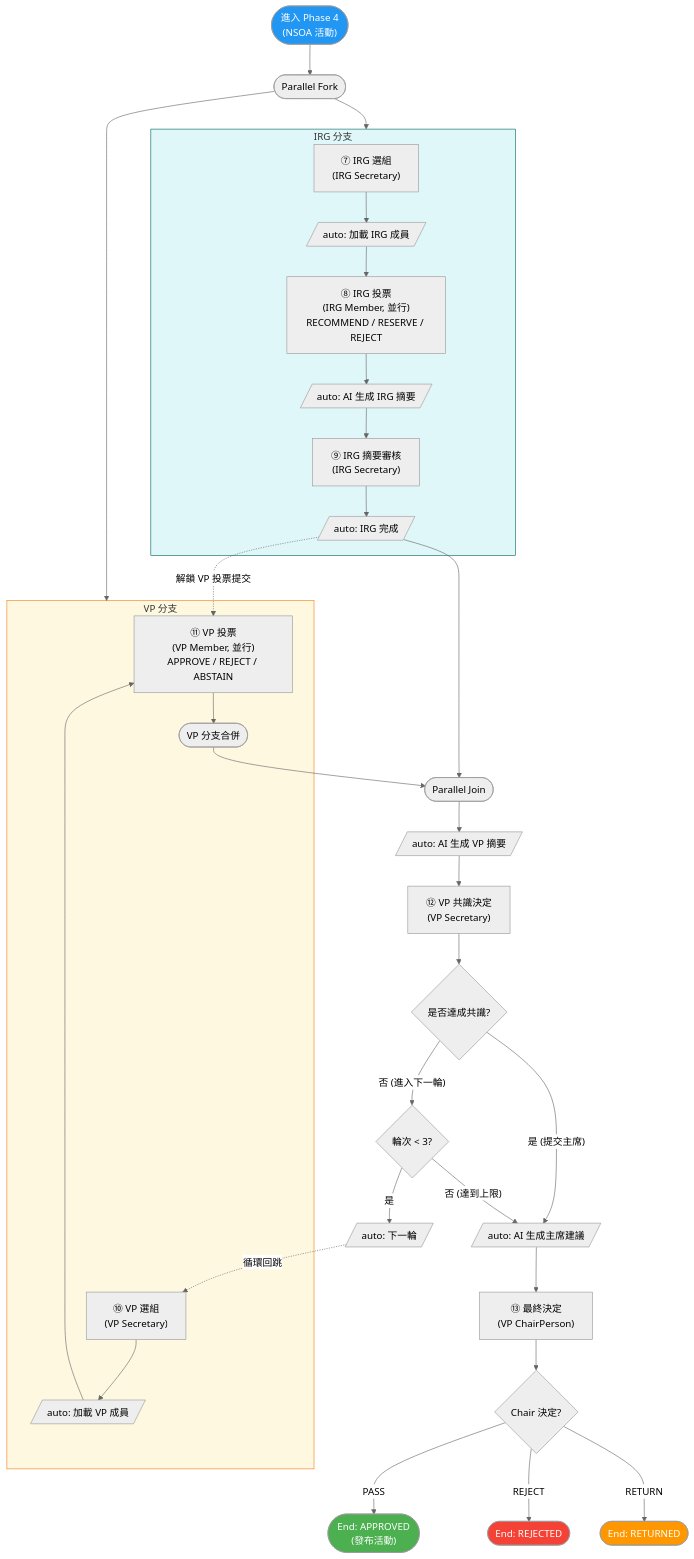
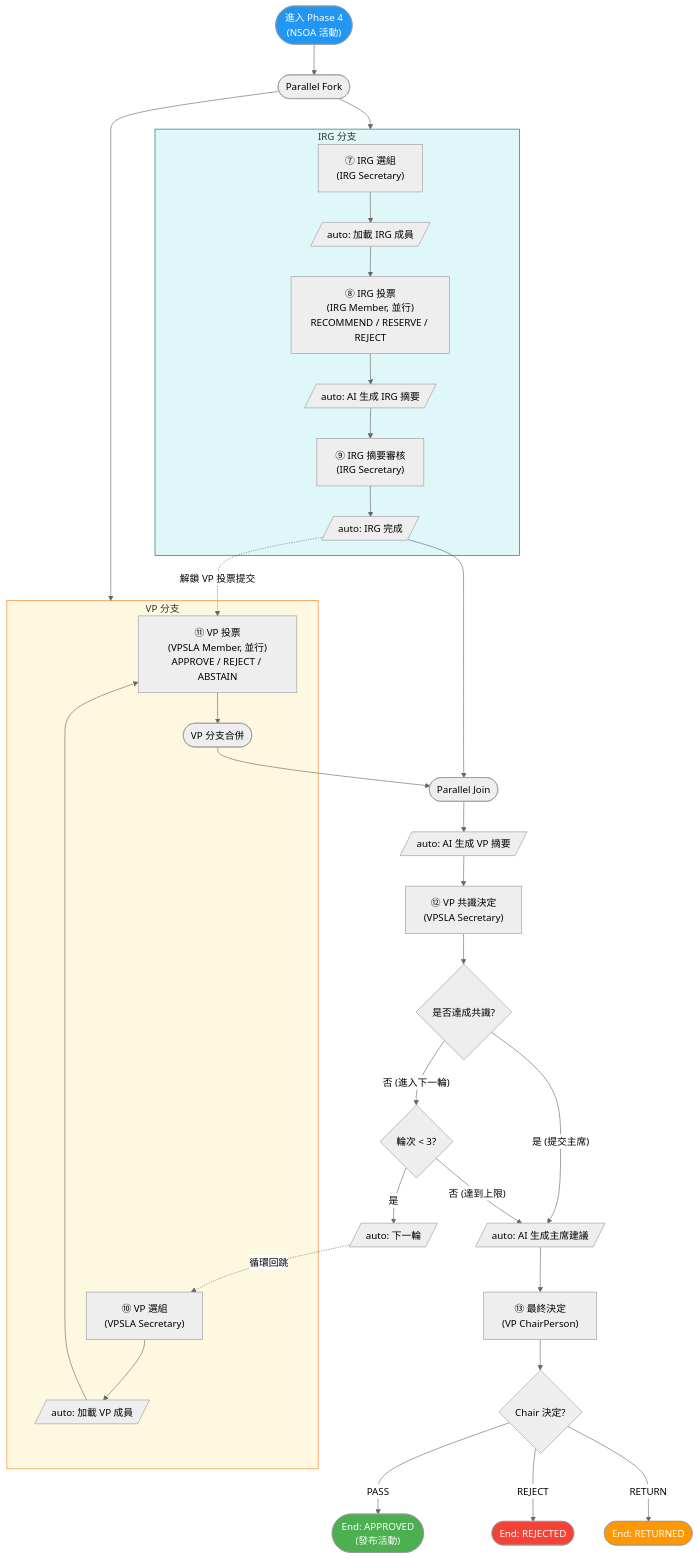
One commit to OneStar-Projects/SLAS-Docs changed the third of 3 diagrams in activity-publish-workflow-design.md. Above: the diagram before and after it, drawn with Mermaid (neutral theme). The commit also changed other lines of this file and 1 other file, not shown here.

````diff
--- a/activity-publish-workflow-design.md
+++ b/activity-publish-workflow-design.md
@@ -295,51 +297,51 @@
 ```mermaid
 flowchart TD
     Entry(["進入 Phase 4<br/>(NSOA 活動)"])
     Entry --> ParallelFork(["Parallel Fork"])
 
     ParallelFork --> IRGBranch
     ParallelFork --> VPBranch
 
     subgraph IRGBranch["IRG 分支"]
         IRGSelect["⑦ IRG 選組<br/>(IRG Secretary)"]
         IRGSelect --> LoadIRG[/"auto: 加載 IRG 成員"/]
         LoadIRG --> IRGVote["⑧ IRG 投票<br/>(IRG Member, 並行)<br/>RECOMMEND / RESERVE / REJECT"]
         IRGVote --> IRGSummary[/"auto: AI 生成 IRG 摘要"/]
         IRGSummary --> IRGReview["⑨ IRG 摘要審核<br/>(IRG Secretary)"]
         IRGReview --> IRGDone[/"auto: IRG 完成"/]
     end
 
     subgraph VPBranch["VP 分支"]
-        VPSelect["⑩ VP 選組<br/>(VP Secretary)"]
+        VPSelect["⑩ VP 選組<br/>(VPSLA Secretary)"]
         VPSelect --> LoadVP[/"auto: 加載 VP 成員"/]
-        LoadVP --> VPVote["⑪ VP 投票<br/>(VP Member, 並行)<br/>APPROVE / REJECT / ABSTAIN"]
+        LoadVP --> VPVote["⑪ VP 投票<br/>(VPSLA Member, 並行)<br/>APPROVE / REJECT / ABSTAIN"]
         VPVote --> VPMerge(["VP 分支合併"])
     end
 
     IRGDone -.->|"解鎖 VP 投票提交"| VPVote
     IRGDone --> Join(["Parallel Join"])
     VPMerge --> Join
 
     Join --> VPSummary[/"auto: AI 生成 VP 摘要"/]
-    VPSummary --> VPDecide["⑫ VP 共識決定<br/>(VP Secretary)"]
+    VPSummary --> VPDecide["⑫ VP 共識決定<br/>(VPSLA Secretary)"]
     VPDecide --> Gate{是否達成共識?}
     Gate -->|"是 (提交主席)"| ChairAI
     Gate -->|"否 (進入下一輪)"| RoundCheck{輪次 < 3?}
     RoundCheck -->|"是"| Increment[/"auto: 下一輪"/]
     Increment -.->|"循環回跳"| VPSelect
     RoundCheck -->|"否 (達到上限)"| ChairAI
 
     ChairAI[/"auto: AI 生成主席建議"/]
     ChairAI --> Chair["⑬ 最終決定<br/>(VP ChairPerson)"]
     Chair --> FinalGate{Chair 決定?}
     FinalGate -->|"PASS"| EndApproved(["End: APPROVED<br/>(發布活動)"])
     FinalGate -->|"REJECT"| EndRejected(["End: REJECTED"])
     FinalGate -->|"RETURN"| EndReturned(["End: RETURNED"])
 
     style Entry fill:#2196F3,color:#fff
     style EndApproved fill:#4CAF50,color:#fff
     style EndRejected fill:#f44336,color:#fff
     style EndReturned fill:#FF9800,color:#fff
     style IRGBranch fill:#E0F7FA,stroke:#00695C
     style VPBranch fill:#FFF8E1,stroke:#F57F17
 ```
````
